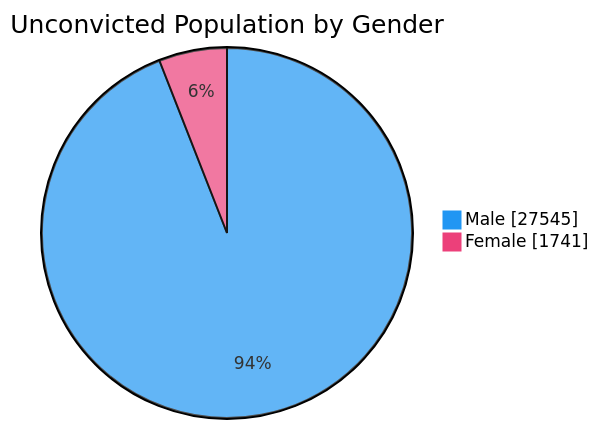
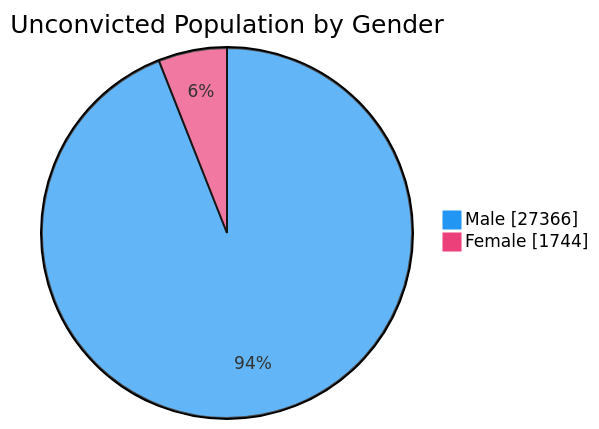
The fourth of 7 diagrams in README.md (nuuuwan/lk_prisons), drawn with Mermaid before and after one commit. The commit also changed other lines of this file and 1 other file, not shown here.

````diff
--- a/README.md
+++ b/README.md
@@ -76,6 +76,6 @@
 ```mermaid
 %%{init: {'themeVariables': {'pie1': '#2196F3', 'pie2': '#EC407A'}}}%%
 pie showData title Unconvicted Population by Gender
-    "Male" : 27545
-    "Female" : 1741
+    "Male" : 27366
+    "Female" : 1744
 ```
````
